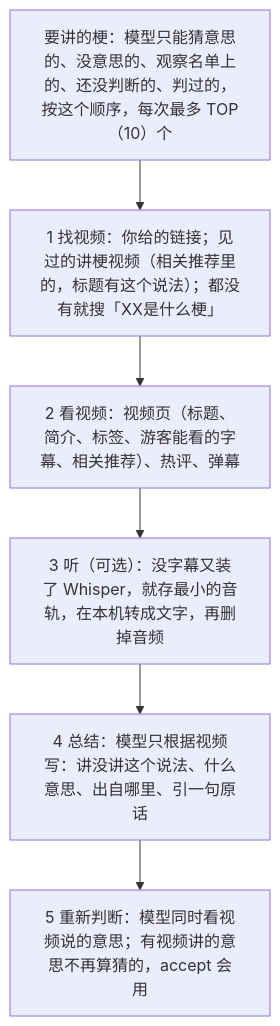
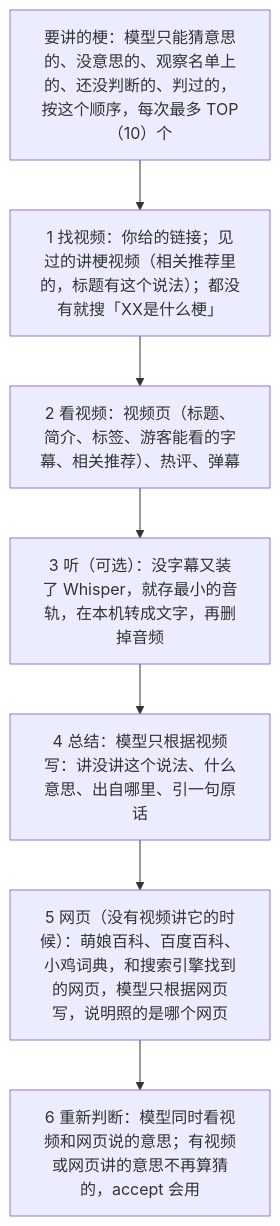
One commit to HHCreator/MemeLearnerBot changed the third of 3 diagrams in docs/DESIGN.md. Above: the diagram before and after it, drawn with Mermaid. The commit also changed other lines of this file and 11 other files, not shown here.

````diff
--- a/docs/DESIGN.md
+++ b/docs/DESIGN.md
@@ -95,8 +96,9 @@
 ```mermaid
 flowchart TD
     A["要讲的梗：模型只能猜意思的、没意思的、观察名单上的、还没判断的、判过的，按这个顺序，每次最多 TOP（10）个"] --> B["1 找视频：你给的链接；见过的讲梗视频（相关推荐里的，标题有这个说法）；都没有就搜「XX是什么梗」"]
     B --> C["2 看视频：视频页（标题、简介、标签、游客能看的字幕、相关推荐）、热评、弹幕"]
     C --> D["3 听（可选）：没字幕又装了 Whisper，就存最小的音轨，在本机转成文字，再删掉音频"]
     D --> E["4 总结：模型只根据视频写：讲没讲这个说法、什么意思、出自哪里、引一句原话"]
-    E --> F["5 重新判断：模型同时看视频说的意思；有视频讲的意思不再算猜的，accept 会用"]
+    E --> W["5 网页（没有视频讲它的时候）：萌娘百科、百度百科、小鸡词典，和搜索引擎找到的网页，模型只根据网页写，说明照的是哪个网页"]
+    W --> F["6 重新判断：模型同时看视频和网页说的意思；有视频或网页讲的意思不再算猜的，accept 会用"]
 ```
````
